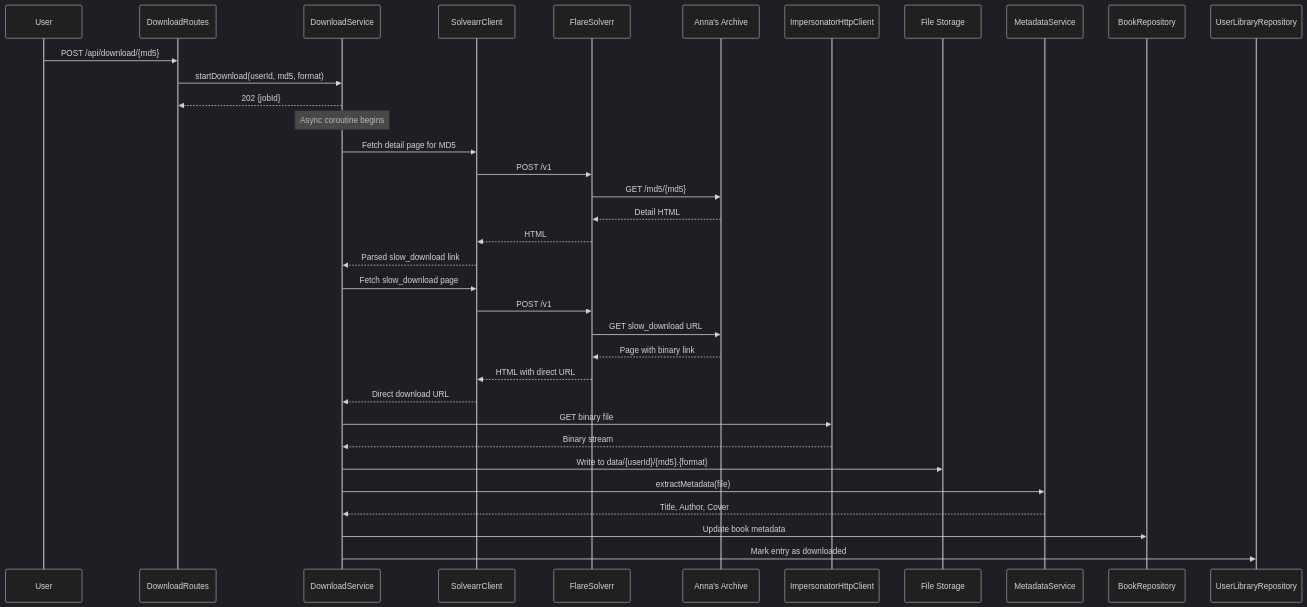
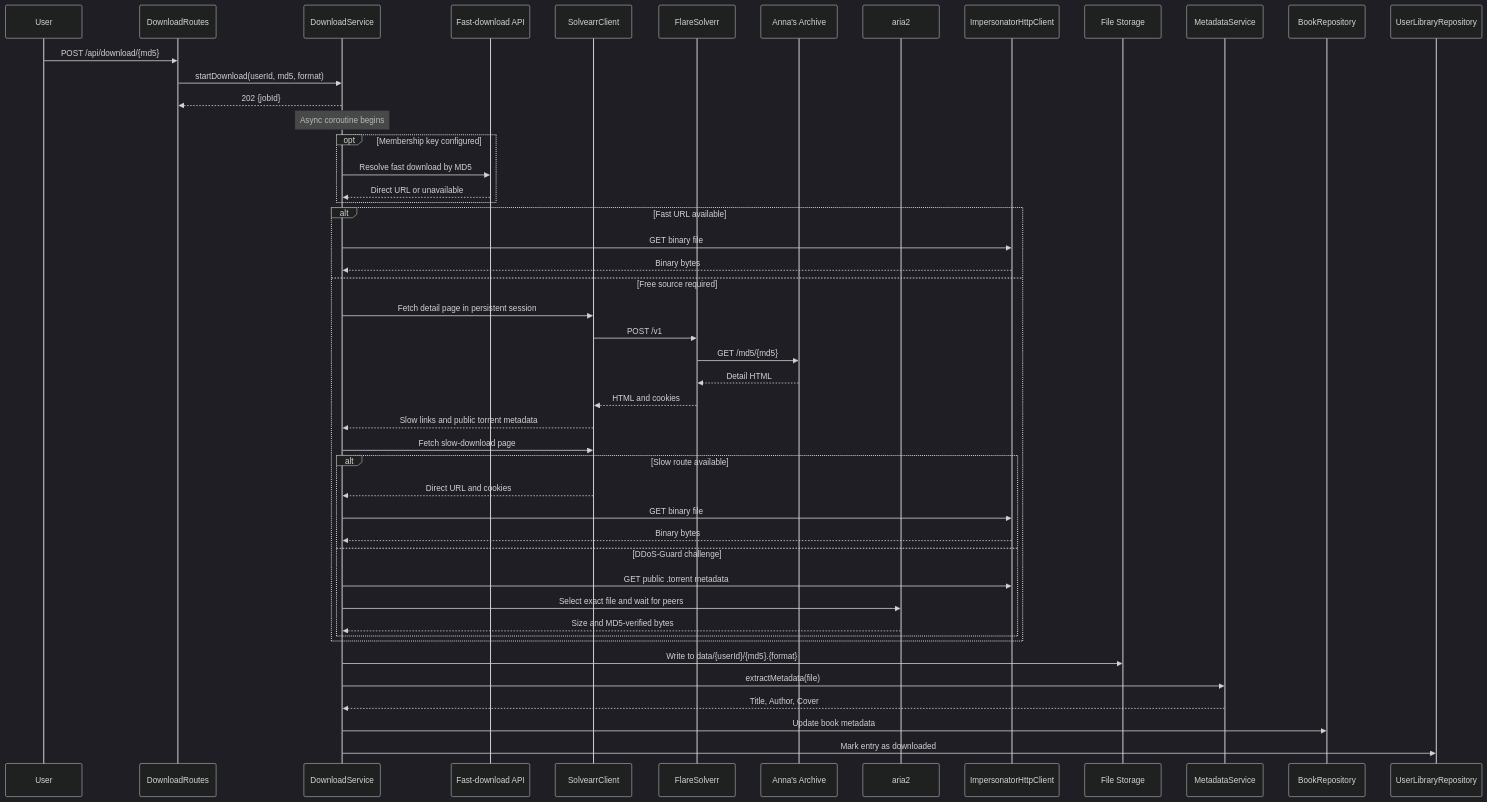
The third of 6 diagrams in docs/ARCHITECTURE.md (muszkin/booksearch-kotlin), drawn with Mermaid (dark theme) before and after one commit. The commit also changed other lines of this file and 22 other files, not shown here.

````diff
--- a/docs/ARCHITECTURE.md
+++ b/docs/ARCHITECTURE.md
@@ -78,41 +81,54 @@
 ```mermaid
 sequenceDiagram
     participant U as User
     participant DR as DownloadRoutes
     participant DS as DownloadService
+    participant API as Fast-download API
     participant SOL as SolvearrClient
     participant FS as FlareSolverr
     participant AA as Anna's Archive
+    participant AR as aria2
     participant IMP as ImpersonatorHttpClient
     participant FS2 as File Storage
     participant MS as MetadataService
     participant BR as BookRepository
     participant UL as UserLibraryRepository
 
     U->>DR: POST /api/download/{md5}
     DR->>DS: startDownload(userId, md5, format)
     DS-->>DR: 202 {jobId}
     Note over DS: Async coroutine begins
 
-    DS->>SOL: Fetch detail page for MD5
-    SOL->>FS: POST /v1
-    FS->>AA: GET /md5/{md5}
-    AA-->>FS: Detail HTML
-    FS-->>SOL: HTML
-    SOL-->>DS: Parsed slow_download link
+    opt Membership key configured
+        DS->>API: Resolve fast download by MD5
+        API-->>DS: Direct URL or unavailable
+    end
 
-    DS->>SOL: Fetch slow_download page
-    SOL->>FS: POST /v1
-    FS->>AA: GET slow_download URL
-    AA-->>FS: Page with binary link
-    FS-->>SOL: HTML with direct URL
-    SOL-->>DS: Direct download URL
+    alt Fast URL available
+        DS->>IMP: GET binary file
+        IMP-->>DS: Binary bytes
+    else Free source required
+        DS->>SOL: Fetch detail page in persistent session
+        SOL->>FS: POST /v1
+        FS->>AA: GET /md5/{md5}
+        AA-->>FS: Detail HTML
+        FS-->>SOL: HTML and cookies
+        SOL-->>DS: Slow links and public torrent metadata
+        DS->>SOL: Fetch slow-download page
+        alt Slow route available
+            SOL-->>DS: Direct URL and cookies
+            DS->>IMP: GET binary file
+            IMP-->>DS: Binary bytes
+        else DDoS-Guard challenge
+            DS->>IMP: GET public .torrent metadata
+            DS->>AR: Select exact file and wait for peers
+            AR-->>DS: Size and MD5-verified bytes
+        end
+    end
 
-    DS->>IMP: GET binary file
-    IMP-->>DS: Binary stream
     DS->>FS2: Write to data/{userId}/{md5}.{format}
     DS->>MS: extractMetadata(file)
     MS-->>DS: Title, Author, Cover
     DS->>BR: Update book metadata
     DS->>UL: Mark entry as downloaded
 ```
````
